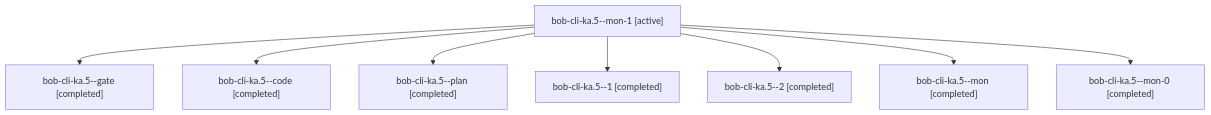
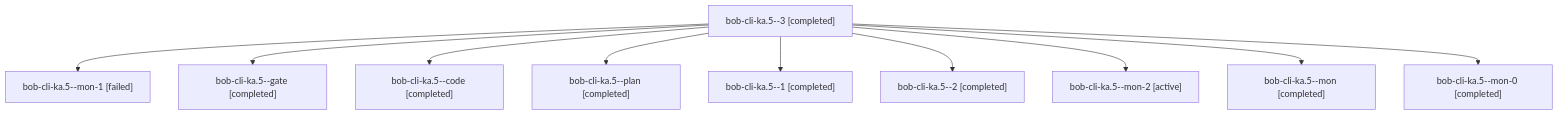
One commit to bobs-org/bob-cli--agents changed the diagram in sessions/bbugyi200.athena.bob-cli-ka.5.md. Above: the diagram before and after it, drawn with Mermaid. The commit also changed other lines of this file and 135 other files, not shown here.

````diff
--- a/sessions/bbugyi200.athena.bob-cli-ka.5.md
+++ b/sessions/bbugyi200.athena.bob-cli-ka.5.md
@@ -9,18 +9,22 @@
 ```mermaid
 flowchart TD
-  n0["bob-cli-ka.5--mon-1 [active]"]
-  n1["bob-cli-ka.5--gate [completed]"]
+  n0["bob-cli-ka.5--3 [completed]"]
+  n1["bob-cli-ka.5--mon-1 [failed]"]
   n0 --> n1
-  n2["bob-cli-ka.5--code [completed]"]
+  n2["bob-cli-ka.5--gate [completed]"]
   n0 --> n2
-  n3["bob-cli-ka.5--plan [completed]"]
+  n3["bob-cli-ka.5--code [completed]"]
   n0 --> n3
-  n4["bob-cli-ka.5--1 [completed]"]
+  n4["bob-cli-ka.5--plan [completed]"]
   n0 --> n4
-  n5["bob-cli-ka.5--2 [completed]"]
+  n5["bob-cli-ka.5--1 [completed]"]
   n0 --> n5
-  n6["bob-cli-ka.5--mon [completed]"]
+  n6["bob-cli-ka.5--2 [completed]"]
   n0 --> n6
-  n7["bob-cli-ka.5--mon-0 [completed]"]
+  n7["bob-cli-ka.5--mon-2 [active]"]
   n0 --> n7
+  n8["bob-cli-ka.5--mon [completed]"]
+  n0 --> n8
+  n9["bob-cli-ka.5--mon-0 [completed]"]
+  n0 --> n9
 ```
````
